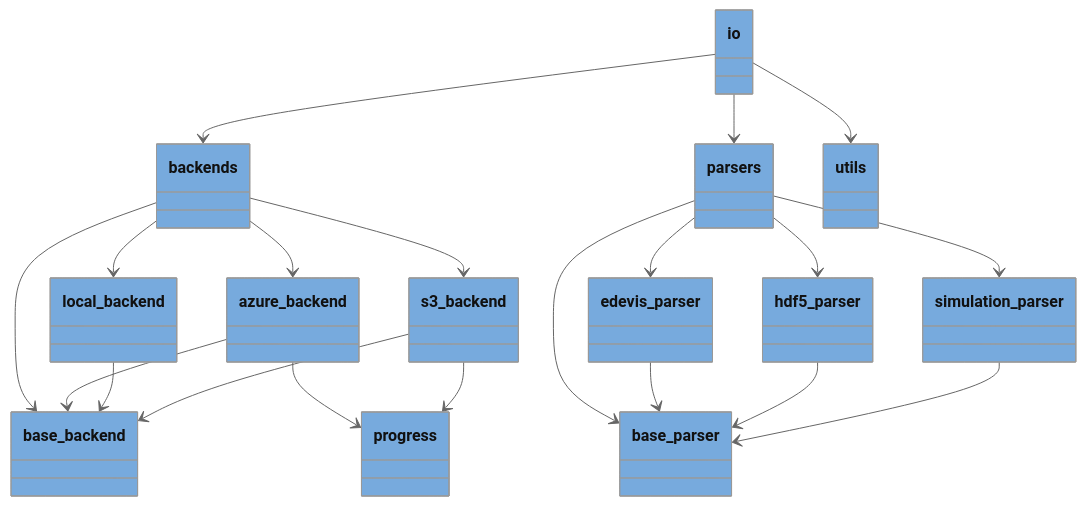
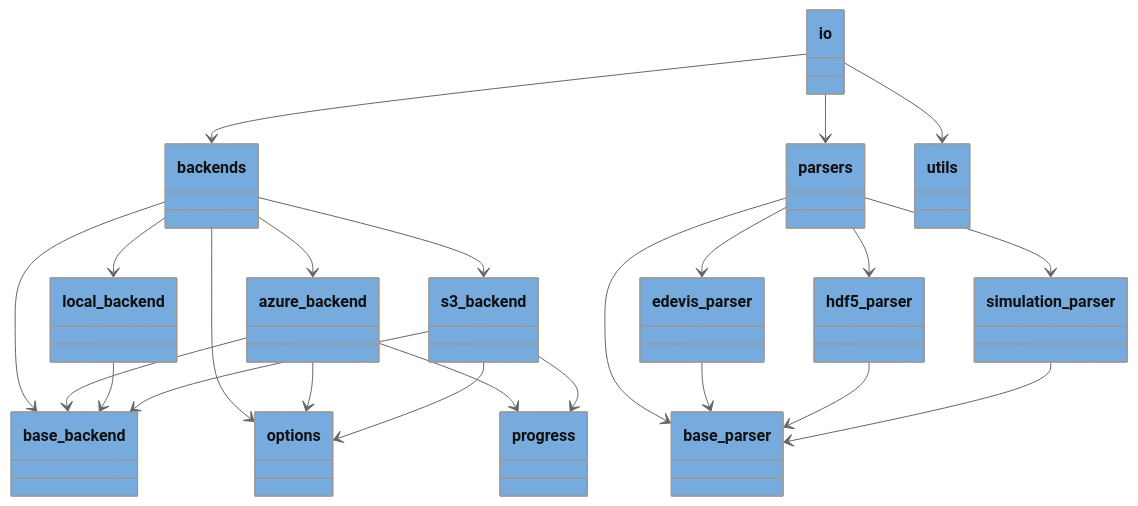
The diagram in docs/pyreverse/mermaid/packages_pythermondt.io.mmd (voidsy-gmbh/pyThermoNDT), drawn with Mermaid (neutral theme) before and after one commit. The commit also changed 23 other files, not shown here.

```diff
--- a/docs/pyreverse/mermaid/packages_pythermondt.io.mmd
+++ b/docs/pyreverse/mermaid/packages_pythermondt.io.mmd
@@ -1,59 +1,65 @@
 classDiagram
   class io {
   }
   style io fill:#77AADD
   class backends {
   }
   style backends fill:#77AADD
   class azure_backend {
   }
   style azure_backend fill:#77AADD
   class base_backend {
   }
   style base_backend fill:#77AADD
   class local_backend {
   }
   style local_backend fill:#77AADD
+  class options {
+  }
+  style options fill:#77AADD
   class progress {
   }
   style progress fill:#77AADD
   class s3_backend {
   }
   style s3_backend fill:#77AADD
   class parsers {
   }
   style parsers fill:#77AADD
   class base_parser {
   }
   style base_parser fill:#77AADD
   class edevis_parser {
   }
   style edevis_parser fill:#77AADD
   class hdf5_parser {
   }
   style hdf5_parser fill:#77AADD
   class simulation_parser {
   }
   style simulation_parser fill:#77AADD
   class utils {
   }
   style utils fill:#77AADD
   io --> backends
   io --> parsers
   io --> utils
   backends --> azure_backend
   backends --> base_backend
   backends --> local_backend
+  backends --> options
   backends --> s3_backend
   azure_backend --> base_backend
+  azure_backend --> options
   azure_backend --> progress
   local_backend --> base_backend
   s3_backend --> base_backend
+  s3_backend --> options
   s3_backend --> progress
   parsers --> base_parser
   parsers --> edevis_parser
   parsers --> hdf5_parser
   parsers --> simulation_parser
   edevis_parser --> base_parser
   hdf5_parser --> base_parser
   simulation_parser --> base_parser
```
